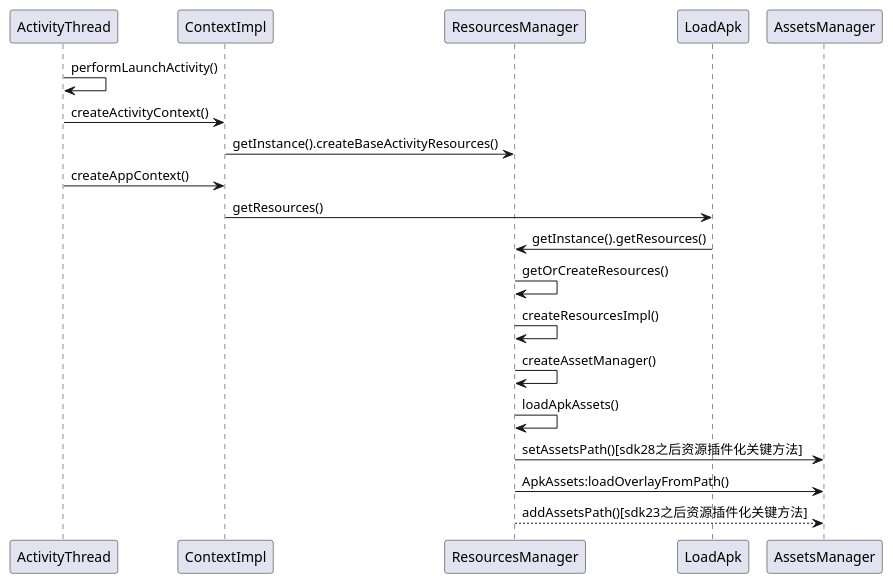
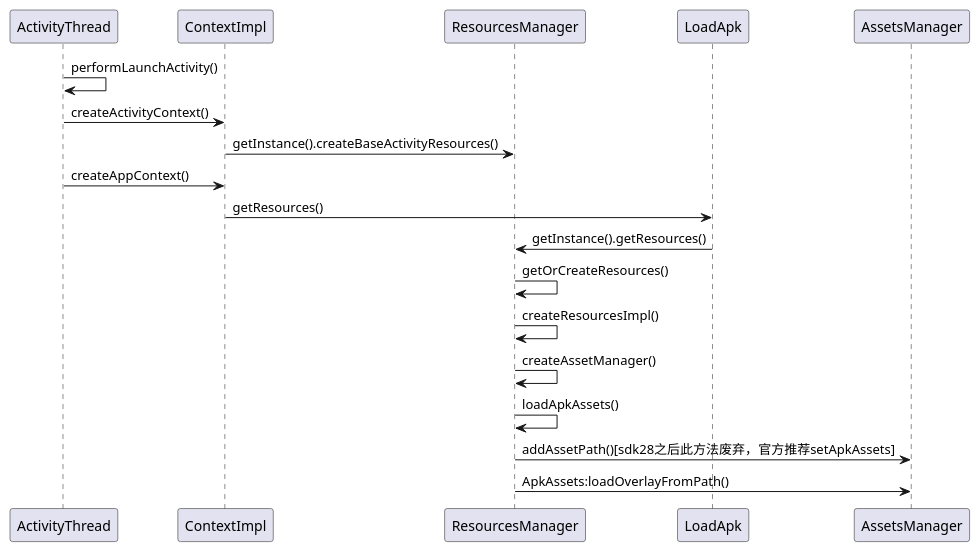
One commit to AFinalStone/0623_CSKinApplication changed the diagram in 02_AssetsManager的创建过程.puml. Above: the diagram before and after it, drawn with PlantUML. The commit also changed 1 other file, not shown here.

Commit message:
修改时序图函数调用错误的问题

```diff
--- a/02_AssetsManager的创建过程.puml
+++ b/02_AssetsManager的创建过程.puml
@@ -1,18 +1,17 @@
 @startuml
 
 ActivityThread-> ActivityThread:performLaunchActivity()
 
 ActivityThread-> ContextImpl:createActivityContext()
 ContextImpl-> ResourcesManager:getInstance().createBaseActivityResources()
 ActivityThread-> ContextImpl:createAppContext()
 ContextImpl -> LoadApk:getResources()
 LoadApk -> ResourcesManager:getInstance().getResources()
 ResourcesManager -> ResourcesManager:getOrCreateResources()
 ResourcesManager-> ResourcesManager:createResourcesImpl()
 ResourcesManager-> ResourcesManager:createAssetManager()
 ResourcesManager-> ResourcesManager:loadApkAssets()
-ResourcesManager-> AssetsManager:setAssetsPath()[sdk28之后资源插件化关键方法]
+ResourcesManager-> AssetsManager:addAssetPath()[sdk28之后此方法废弃，官方推荐setApkAssets]
 ResourcesManager-> AssetsManager:ApkAssets:loadOverlayFromPath()
-ResourcesManager--> AssetsManager:addAssetsPath()[sdk23之后资源插件化关键方法]
 
 @enduml
```
